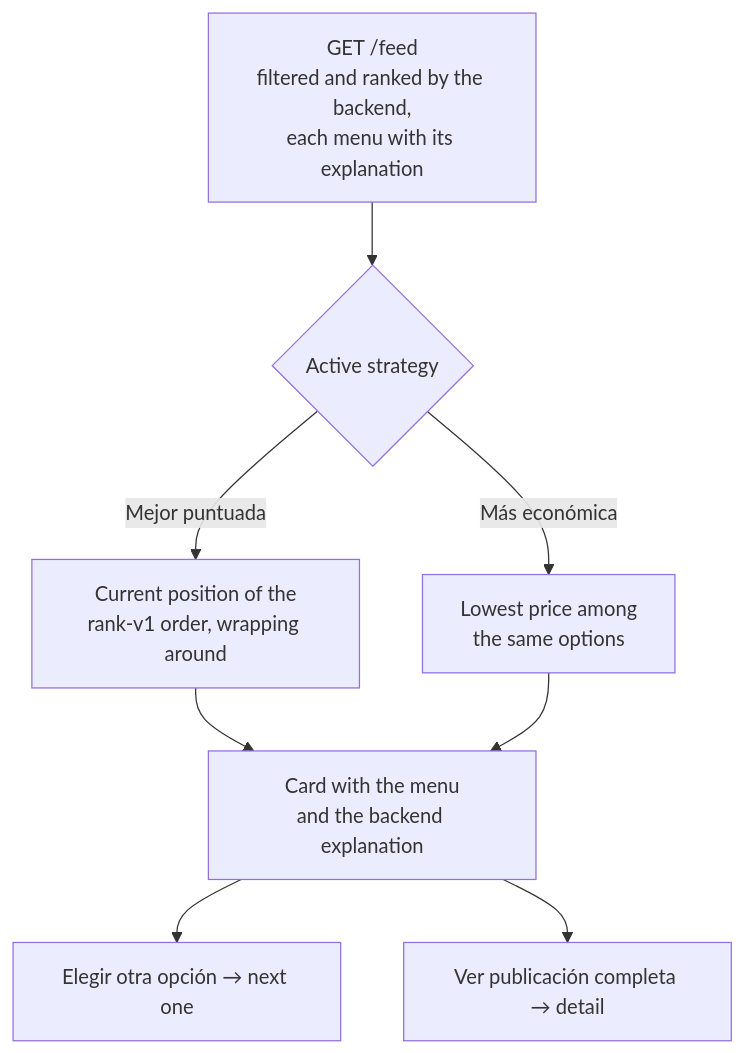
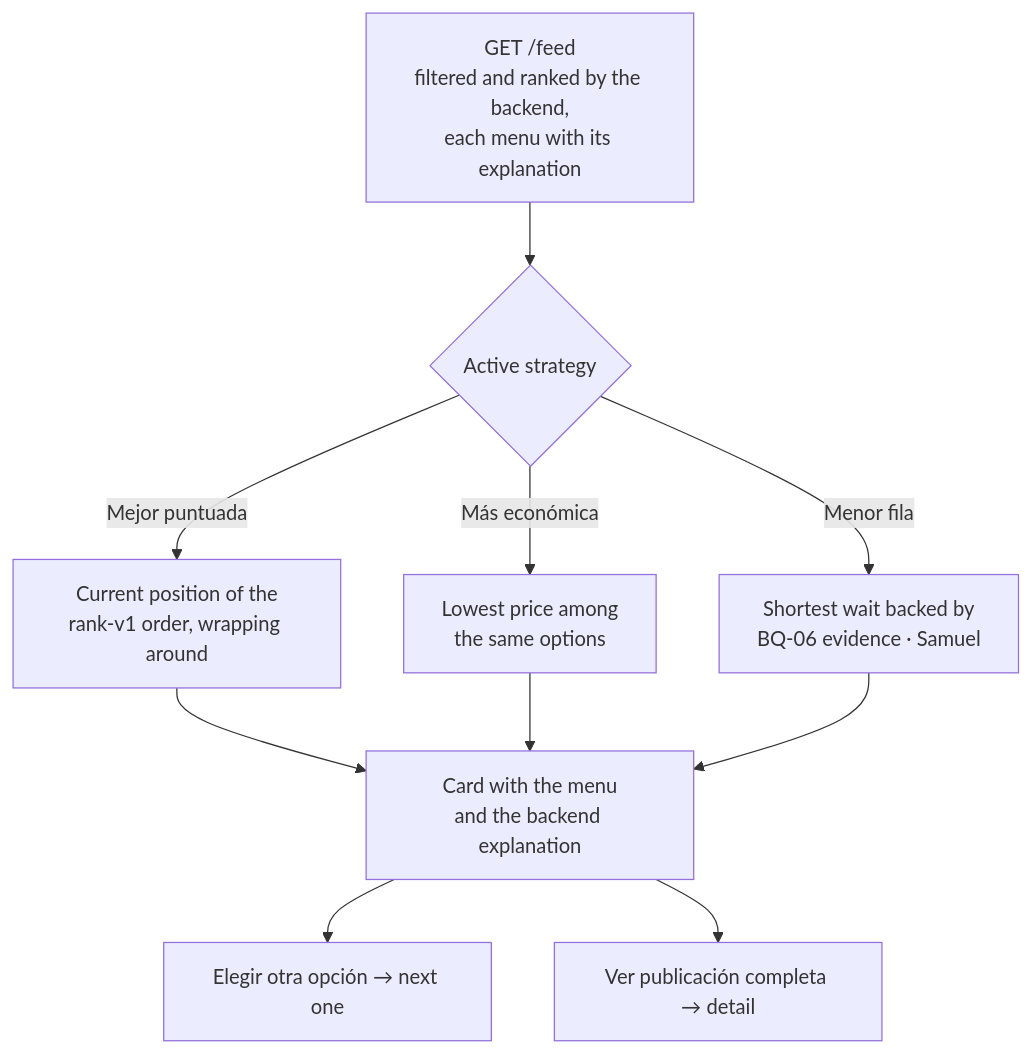
Before and after one commit to cmolina12/UniEat-Android: the fifth of 15 diagrams in docs/sprint2-sustentacion.md, drawn with Mermaid. The commit also changed other lines of this file, not shown here.

Commit message:
Secciones de Samuel en la sustentación y resultados de tests

````diff
--- a/docs/sprint2-sustentacion.md
+++ b/docs/sprint2-sustentacion.md
@@ -171,10 +182,12 @@
 ```mermaid
 flowchart TD
     B["GET /feed<br/>filtered and ranked by the backend,<br/>each menu with its explanation"] --> S{Active strategy}
     S -- "Mejor puntuada" --> R1[Current position of the<br/>rank-v1 order, wrapping around]
     S -- "Más económica" --> R2[Lowest price among<br/>the same options]
+    S -- "Menor fila" --> R3[Shortest wait backed by<br/>BQ-06 evidence · Samuel]
     R1 --> UIcard[Card with the menu<br/>and the backend explanation]
     R2 --> UIcard
+    R3 --> UIcard
     UIcard --> N["Elegir otra opción → next one"]
     UIcard --> D["Ver publicación completa → detail"]
 ```
````
